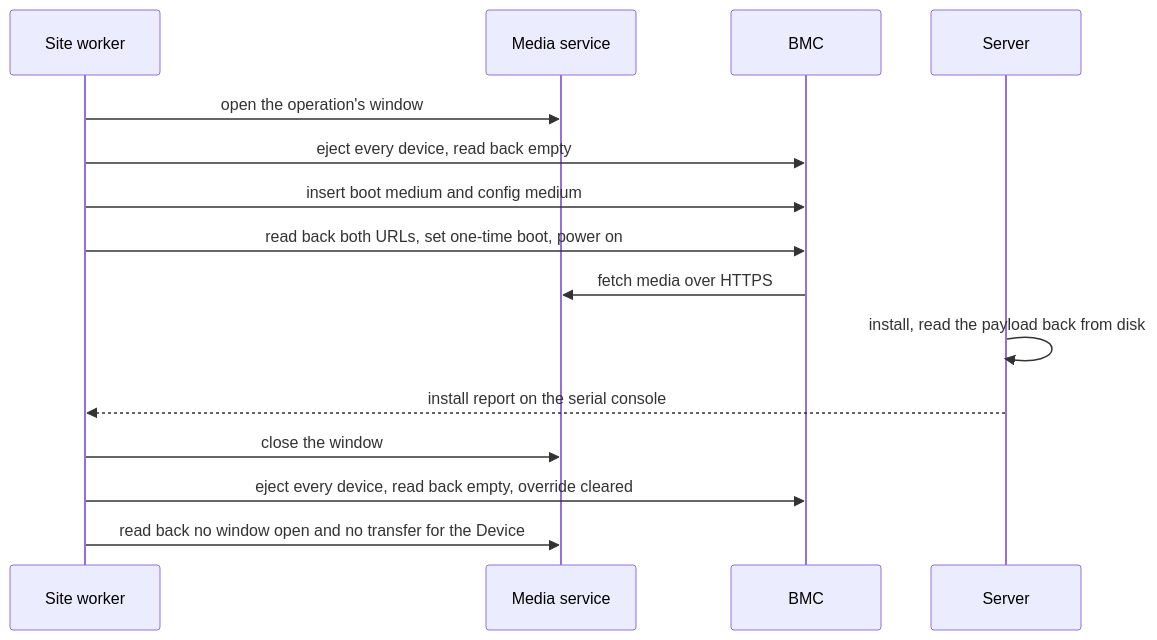
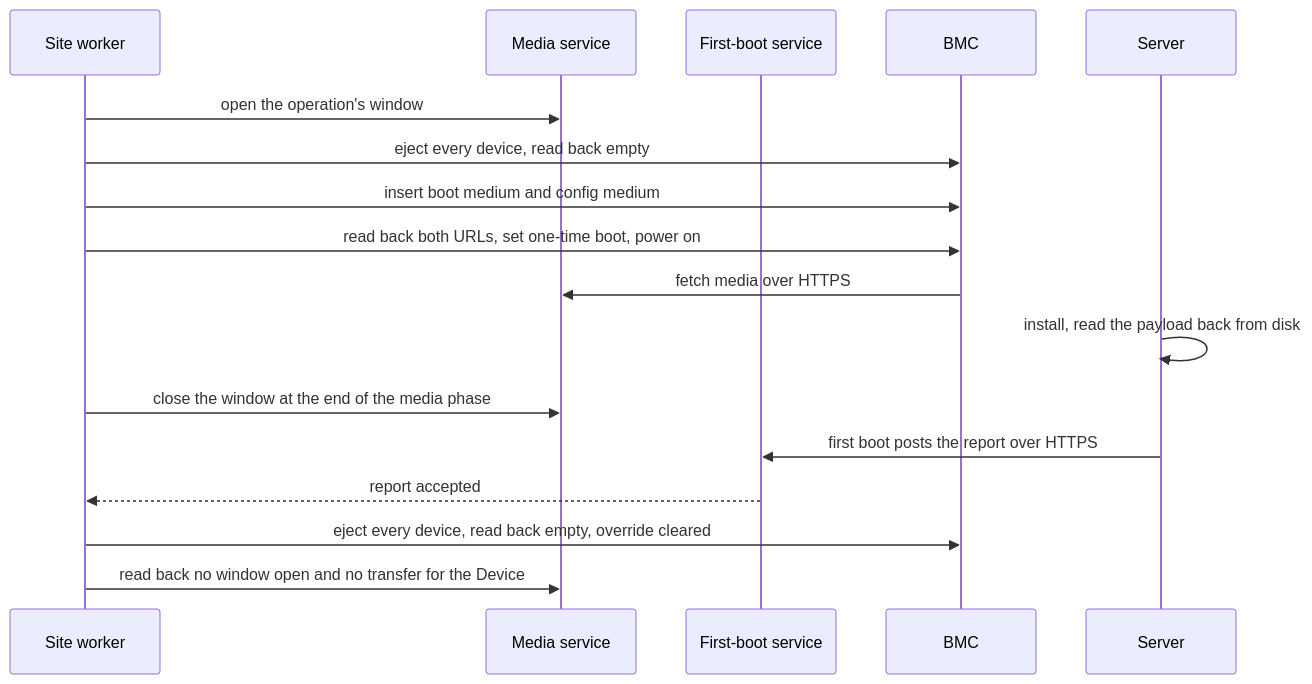
Before and after one commit to datum-cloud/fleet: the diagram in docs/enhancements/boot-delivery/README.md, drawn with Mermaid. The commit also changed other lines of this file, not shown here.

First line of the commit message:
docs: Record boot delivery product decisions

````diff
--- a/docs/enhancements/boot-delivery/README.md
+++ b/docs/enhancements/boot-delivery/README.md
@@ -254,17 +260,19 @@
 ```mermaid
 sequenceDiagram
     participant W as Site worker
     participant S as Media service
+    participant F as First-boot service
     participant B as BMC
     participant H as Server
     W->>S: open the operation's window
     W->>B: eject every device, read back empty
     W->>B: insert boot medium and config medium
     W->>B: read back both URLs, set one-time boot, power on
     B->>S: fetch media over HTTPS
     H->>H: install, read the payload back from disk
-    H-->>W: install report on the serial console
-    W->>S: close the window
+    W->>S: close the window at the end of the media phase
+    H->>F: first boot posts the report over HTTPS
+    F-->>W: report accepted
     W->>B: eject every device, read back empty, override cleared
     W->>S: read back no window open and no transfer for the Device
 ```
````
